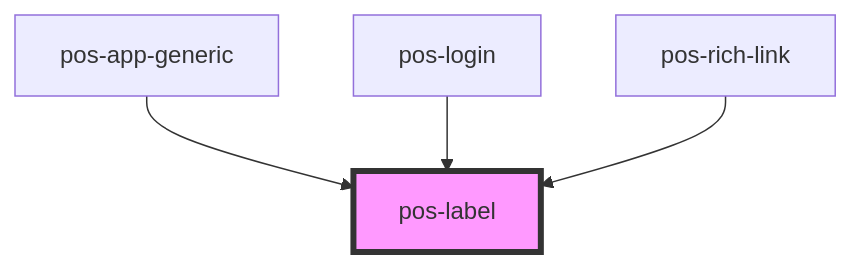
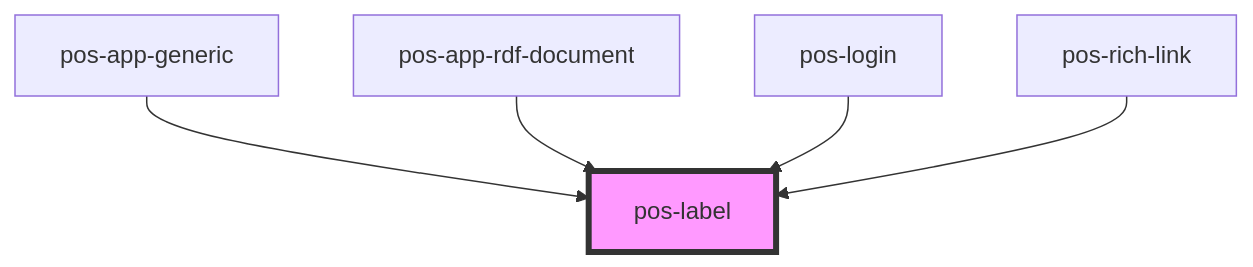
The diagram in docs/elements/components/pos-label/readme.md (pod-os/PodOS), drawn with Mermaid before and after one commit. The commit also changed other lines of this file and 7 other files, not shown here.

````diff
--- a/docs/elements/components/pos-label/readme.md
+++ b/docs/elements/components/pos-label/readme.md
@@ -24,7 +25,8 @@
 ```mermaid
 graph TD;
   pos-app-generic --> pos-label
+  pos-app-rdf-document --> pos-label
   pos-login --> pos-label
   pos-rich-link --> pos-label
   style pos-label fill:#f9f,stroke:#333,stroke-width:4px
 ```
````
